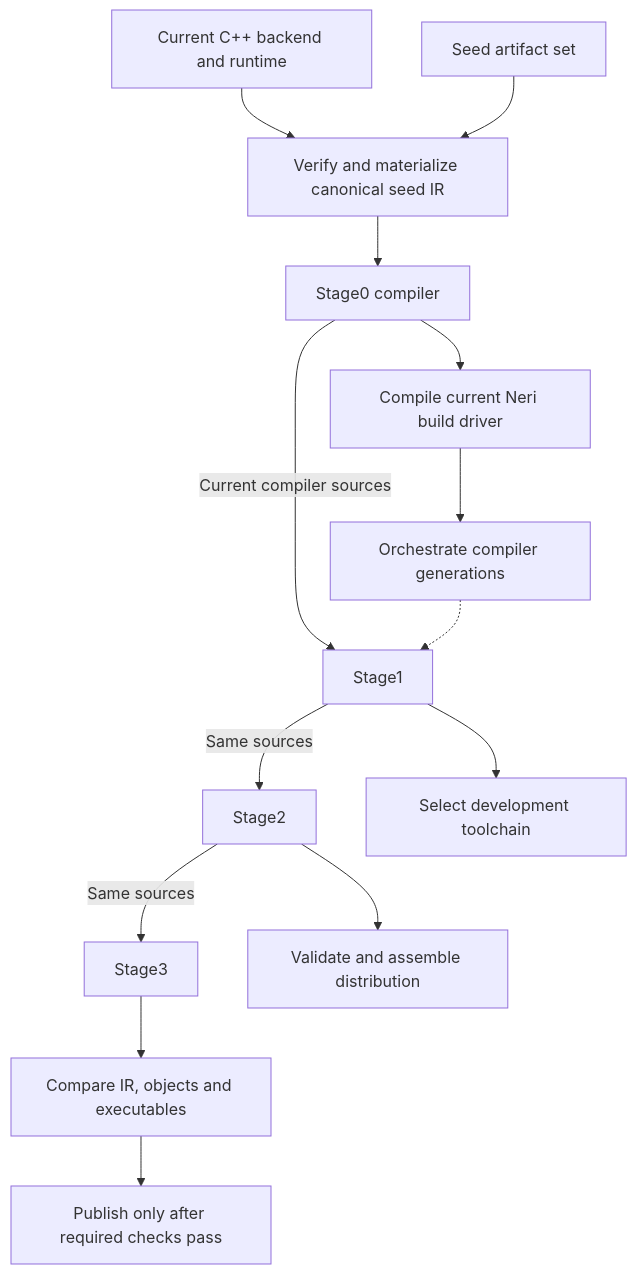
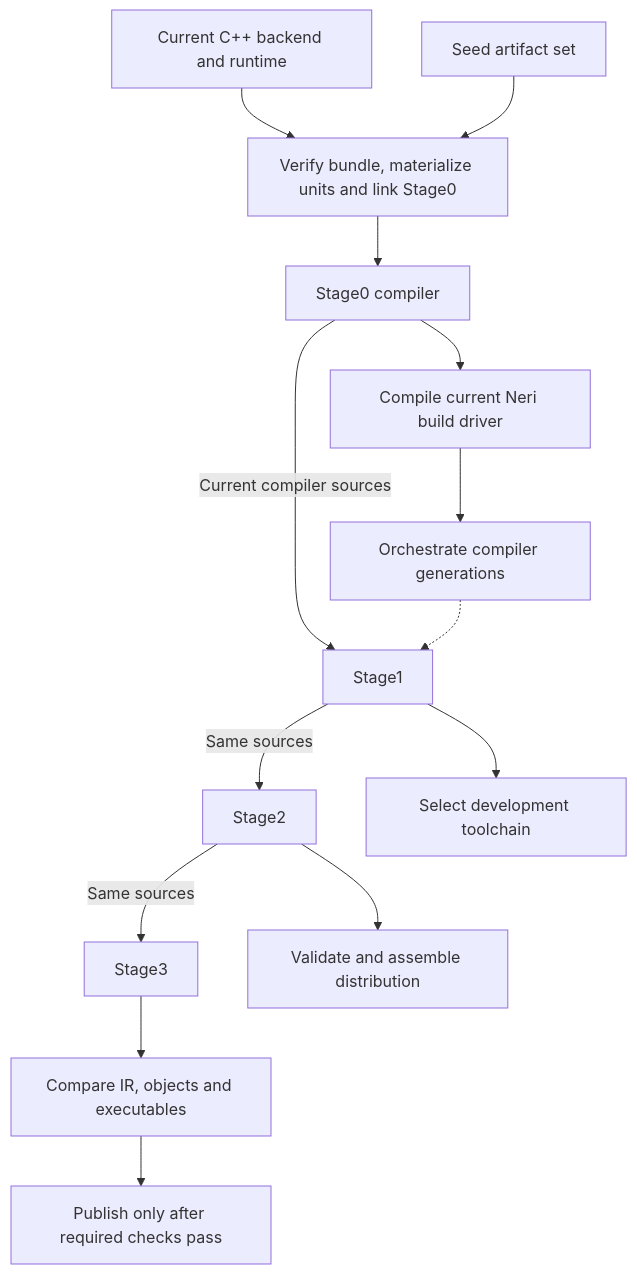
One commit to hakumi-dev/neri changed the diagram in docs/BOOTSTRAP.md. Above: the diagram before and after it, drawn with Mermaid. The commit also changed other lines of this file and 13 other files, not shown here.

Commit message:
Refresh canonical seed from verified retained compiler units

````diff
--- a/docs/BOOTSTRAP.md
+++ b/docs/BOOTSTRAP.md
@@ -100,16 +110,16 @@
 ```mermaid
 flowchart TD
-  Native["Current C++ backend and runtime"] --> Materialize["Verify and materialize canonical seed IR"]
+  Native["Current C++ backend and runtime"] --> Materialize["Verify bundle, materialize units and link Stage0"]
   Seed["Seed artifact set"] --> Materialize
   Materialize --> S0["Stage0 compiler"]
   S0 --> Driver["Compile current Neri build driver"]
   Driver --> Stages["Orchestrate compiler generations"]
   S0 -->|"Current compiler sources"| S1["Stage1"]
   S1 -->|"Same sources"| S2["Stage2"]
   S2 -->|"Same sources"| S3["Stage3"]
   Stages -.-> S1
   S1 --> Development["Select development toolchain"]
   S2 --> Package["Validate and assemble distribution"]
   S3 --> Verify["Compare IR, objects and executables"]
   Verify --> Publish["Publish only after required checks pass"]
 ```
````
